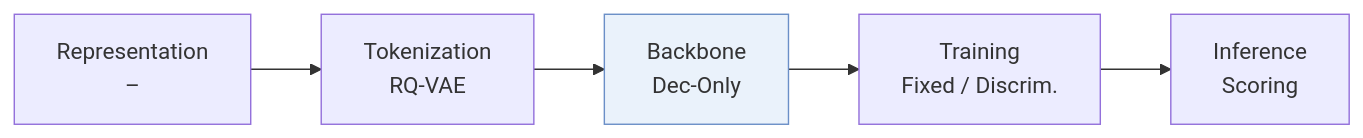
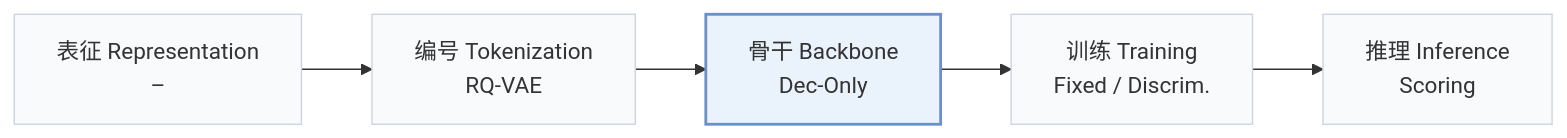
The first of 2 diagrams in pages/zh/papers/digr.md (Galaxy-ghost/Awesome-SID-Generative-Rec), drawn with Mermaid before and after one commit. The commit also changed other lines of this file and 649 other files, not shown here.

Commit message:
writer-05: also tags and modality index (schema, check, build, visuals); summary field removed; calibration data for 12 papers

````diff
--- a/pages/zh/papers/digr.md
+++ b/pages/zh/papers/digr.md
@@ -13,6 +15,8 @@
 ```mermaid
 flowchart LR
-    R["Representation<br/>–"] --> T["Tokenization<br/>RQ-VAE"] --> B["Backbone<br/>Dec-Only"] --> TR["Training<br/>Fixed / Discrim."] --> I["Inference<br/>Scoring"]
-    classDef main fill:#eaf2fb,stroke:#6b8fc7
+    R["表征 Representation<br/>–"] --> T["编号 Tokenization<br/>RQ-VAE"] --> B["骨干 Backbone<br/>Dec-Only"] --> TR["训练 Training<br/>Fixed / Discrim."] --> I["推理 Inference<br/>Scoring"]
+    classDef base fill:#f8fafc,stroke:#cbd5e1
+    class R,T,B,TR,I base
+    classDef main fill:#eaf2fb,stroke:#6b8fc7,stroke-width:2px
     class B main
 ```
````
